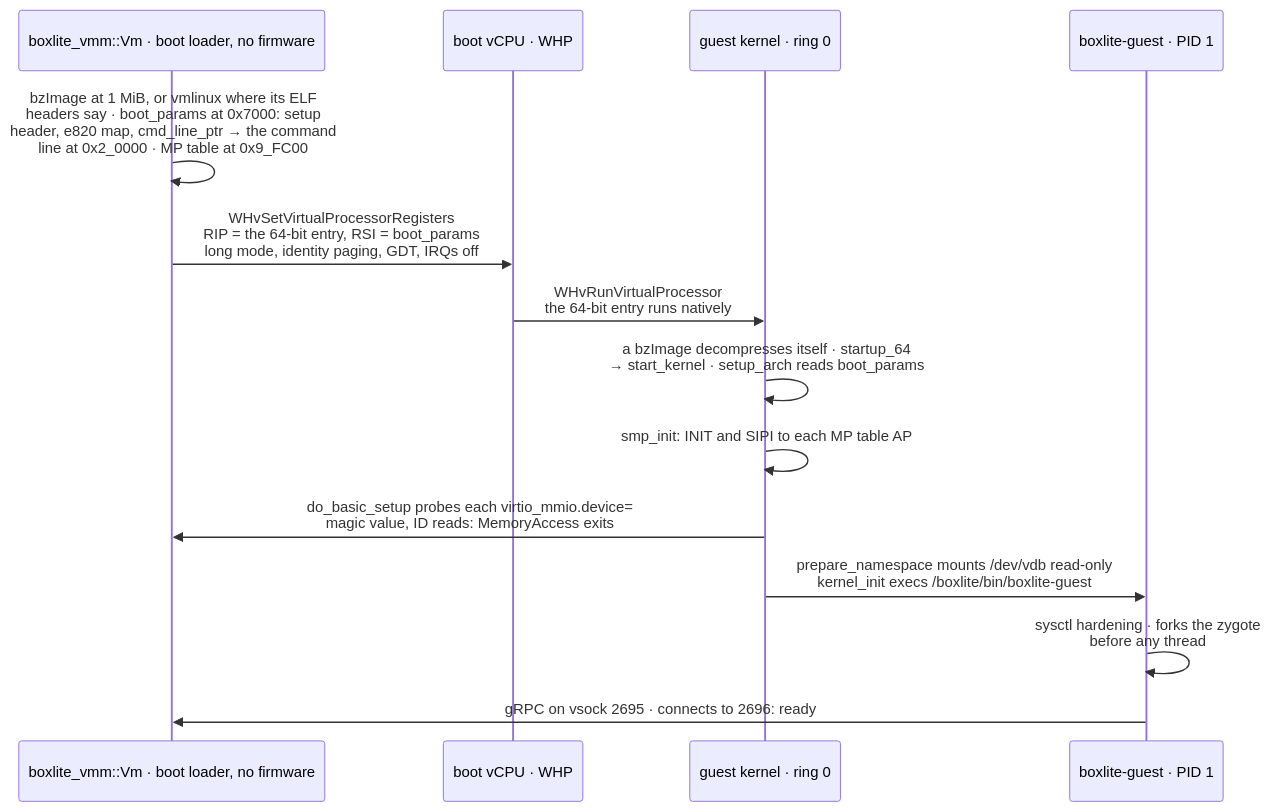
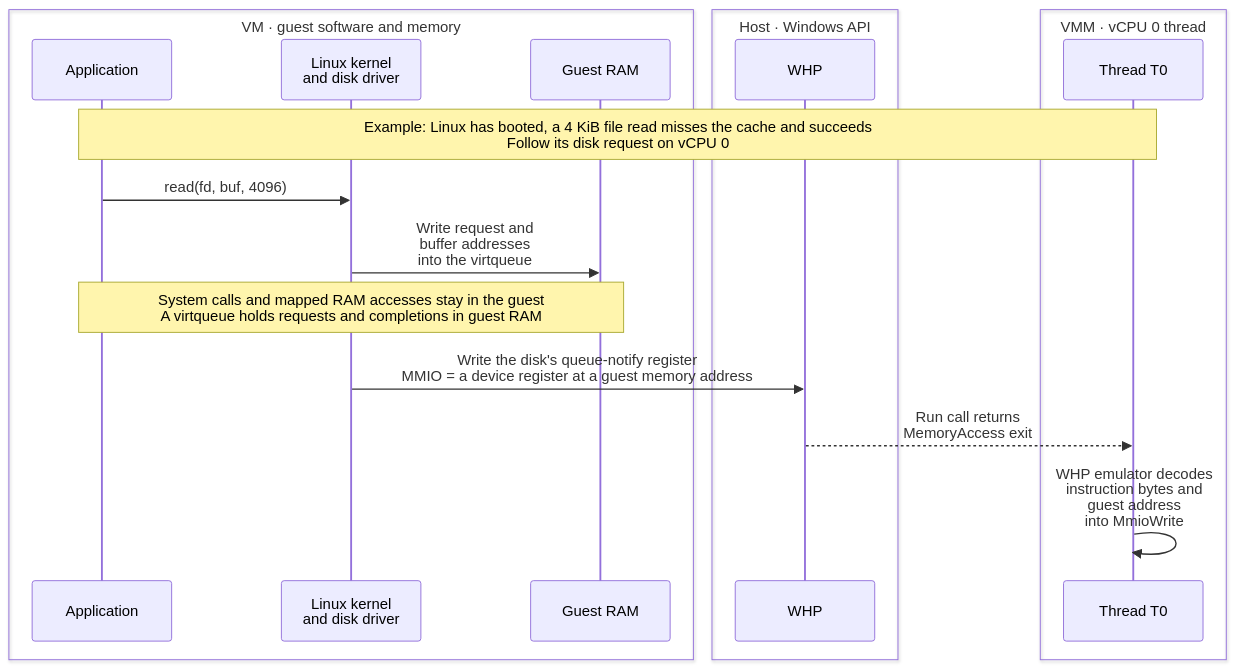
Before and after one commit to boxlite-ai/boxlite: the sixth of 12 diagrams in docs/architecture/vmm/whp.md, drawn with Mermaid. The commit also changed other lines of this file and 3 other files, not shown here.

````diff
--- a/docs/architecture/vmm/whp.md
+++ b/docs/architecture/vmm/whp.md
@@ -116,25 +175,26 @@
 ```mermaid
 sequenceDiagram
-  participant vm as boxlite_vmm::Vm · boot loader, no firmware
-  participant vcpu as boot vCPU · WHP
-  participant kernel as guest kernel · ring 0
-  participant init as boxlite-guest · PID 1
-  %% edge:b_load
-  vm->>vm: bzImage at 1 MiB, or vmlinux where its ELF<br/>headers say · boot_params at 0x7000: setup<br/>header, e820 map, cmd_line_ptr → the command<br/>line at 0x2_0000 · MP table at 0x9_FC00
-  %% edge:b_regs
-  vm->>vcpu: WHvSetVirtualProcessorRegisters<br/>RIP = the 64-bit entry, RSI = boot_params<br/>long mode, identity paging, GDT, IRQs off
-  %% edge:b_run
-  vcpu->>kernel: WHvRunVirtualProcessor<br/>the 64-bit entry runs natively
-  %% edge:b_head
-  kernel->>kernel: a bzImage decompresses itself · startup_64<br/>→ start_kernel · setup_arch reads boot_params
-  %% edge:b_smp
-  kernel->>kernel: smp_init: INIT and SIPI to each MP table AP
-  %% edge:b_probe
-  kernel->>vm: do_basic_setup probes each virtio_mmio.device=<br/>magic value, ID reads: MemoryAccess exits
-  %% edge:b_exec
-  kernel->>init: prepare_namespace mounts /dev/vdb read-only<br/>kernel_init execs /boxlite/bin/boxlite-guest
-  %% edge:b_agent
-  init->>init: sysctl hardening · forks the zygote<br/>before any thread
-  %% edge:b_ready
-  init->>vm: gRPC on vsock 2695 · connects to 2696: ready
+  box VM · guest software and memory
+    participant program as Application
+    participant kernel as Linux kernel<br/>and disk driver
+    participant guest_ram as Guest RAM
+  end
+  box Host · Windows API
+    participant host_api as WHP
+  end
+  box VMM · vCPU 0 thread
+    participant thread0 as Thread T0
+  end
+  Note over program,thread0: Example: Linux has booted, a 4 KiB file read misses the cache and succeeds<br/>Follow its disk request on vCPU 0
+  %% edge:whp_7_e1
+  program->>kernel: read(fd, buf, 4096)
+  %% edge:whp_7_e2
+  kernel->>guest_ram: Write request and<br/>buffer addresses<br/>into the virtqueue
+  Note over program,guest_ram: System calls and mapped RAM accesses stay in the guest<br/>A virtqueue holds requests and completions in guest RAM
+  %% edge:whp_7_e3
+  kernel->>host_api: Write the disk's queue-notify register<br/>MMIO = a device register at a guest memory address
+  %% edge:whp_7_e4
+  host_api-->>thread0: Run call returns<br/>MemoryAccess exit
+  %% edge:whp_7_e5
+  thread0->>thread0: WHP emulator decodes<br/>instruction bytes and<br/>guest address<br/>into MmioWrite
 ```
````
